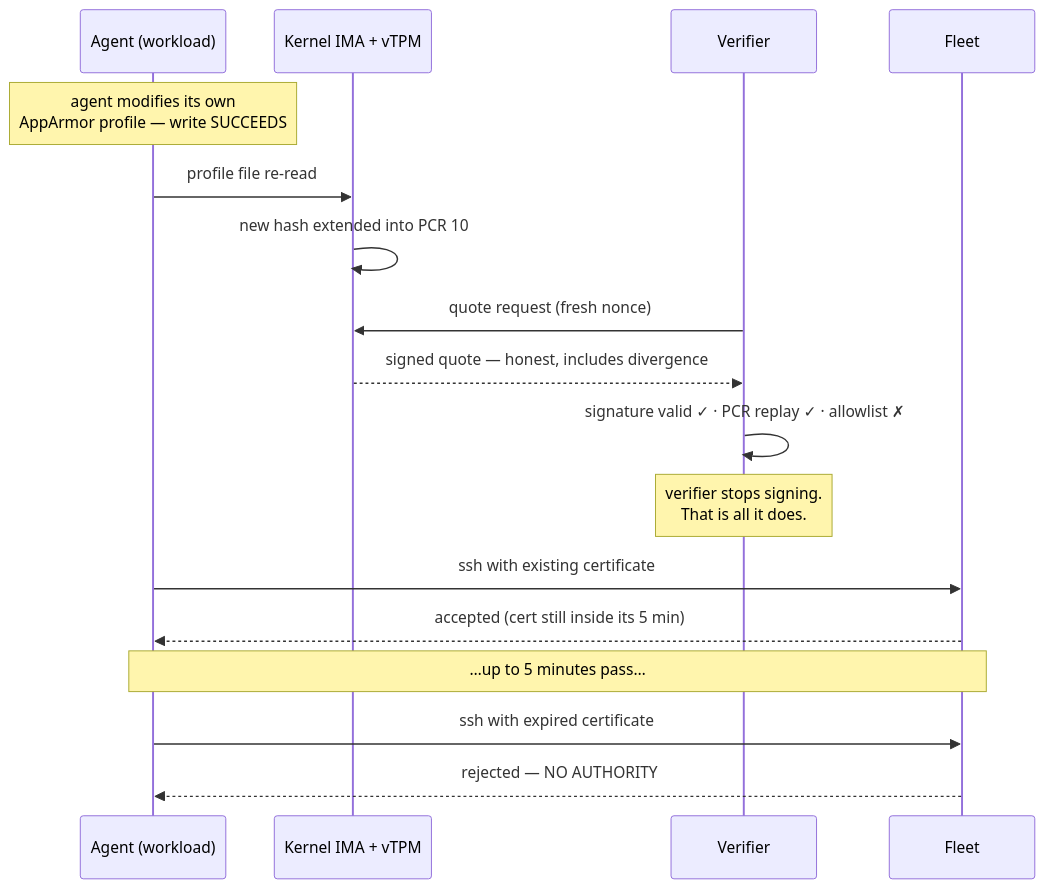
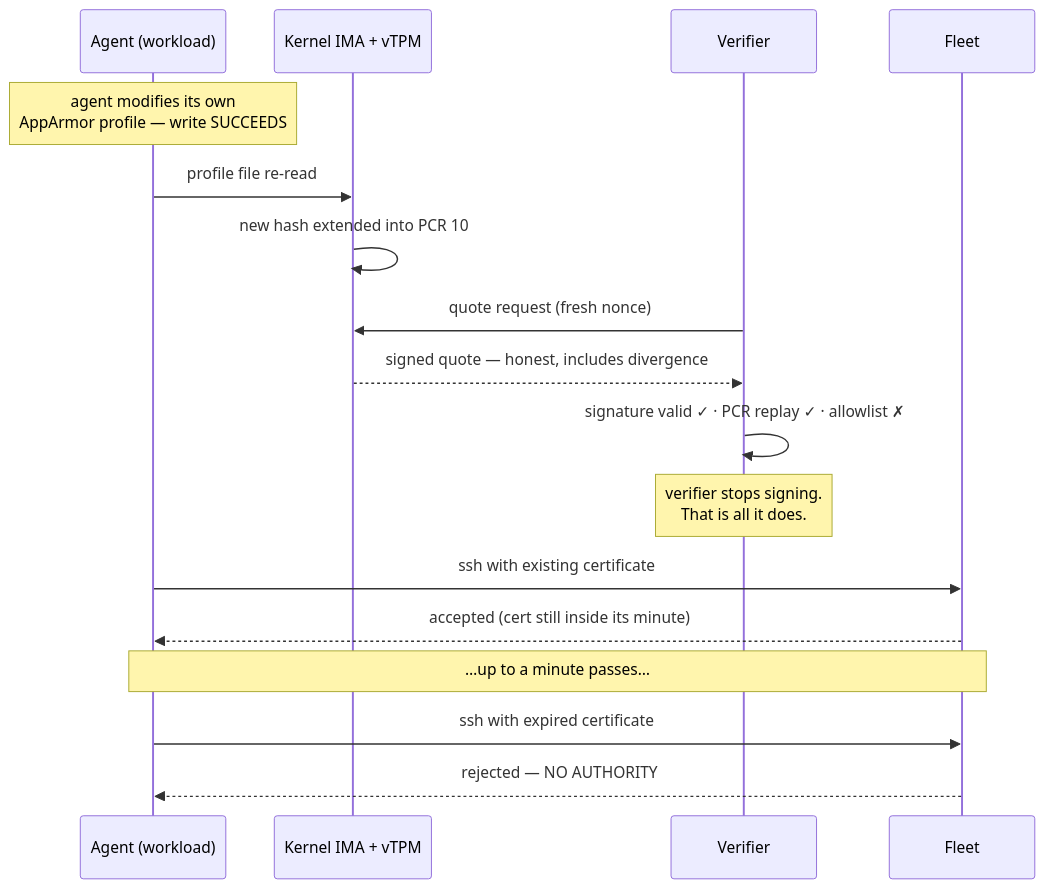
The second of 2 diagrams in docs/ARCHITECTURE.md (saif-farid-tech/Attested-Agent-Authority), drawn with Mermaid before and after one commit. The commit also changed other lines of this file and 8 other files, not shown here.

First line of the commit message:
Shorten certificate lifetime from 5 minutes to 1 minute

````diff
--- a/docs/ARCHITECTURE.md
+++ b/docs/ARCHITECTURE.md
@@ -64,20 +64,20 @@
 ```mermaid
 sequenceDiagram
     participant A as Agent (workload)
     participant K as Kernel IMA + vTPM
     participant V as Verifier
     participant F as Fleet
 
     Note over A: agent modifies its own<br/>AppArmor profile — write SUCCEEDS
     A->>K: profile file re-read
     K->>K: new hash extended into PCR 10
     V->>K: quote request (fresh nonce)
     K-->>V: signed quote — honest, includes divergence
     V->>V: signature valid ✓ · PCR replay ✓ · allowlist ✗
     Note over V: verifier stops signing.<br/>That is all it does.
     A->>F: ssh with existing certificate
-    F-->>A: accepted (cert still inside its 5 min)
-    Note over A,F: …up to 5 minutes pass…
+    F-->>A: accepted (cert still inside its minute)
+    Note over A,F: …up to a minute passes…
     A->>F: ssh with expired certificate
     F-->>A: rejected — NO AUTHORITY
 ```
````
